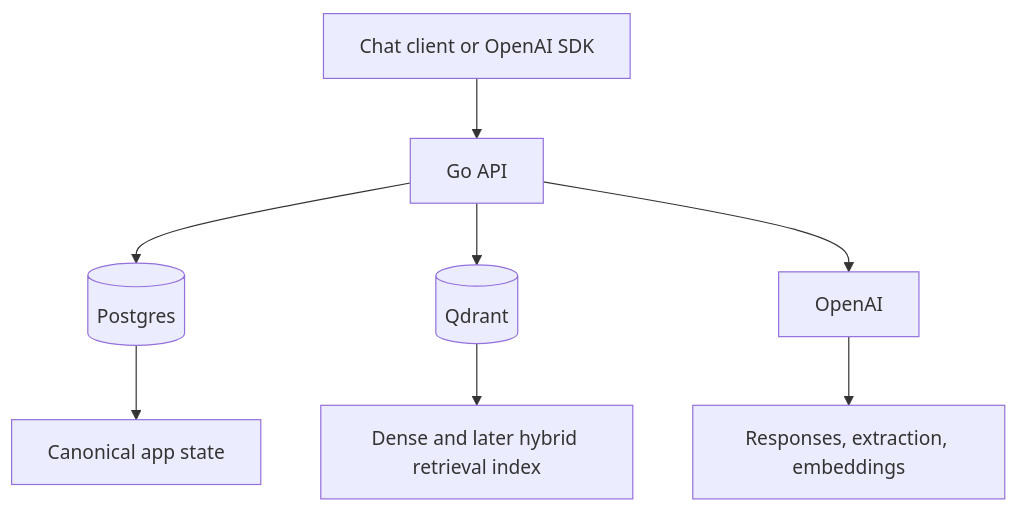
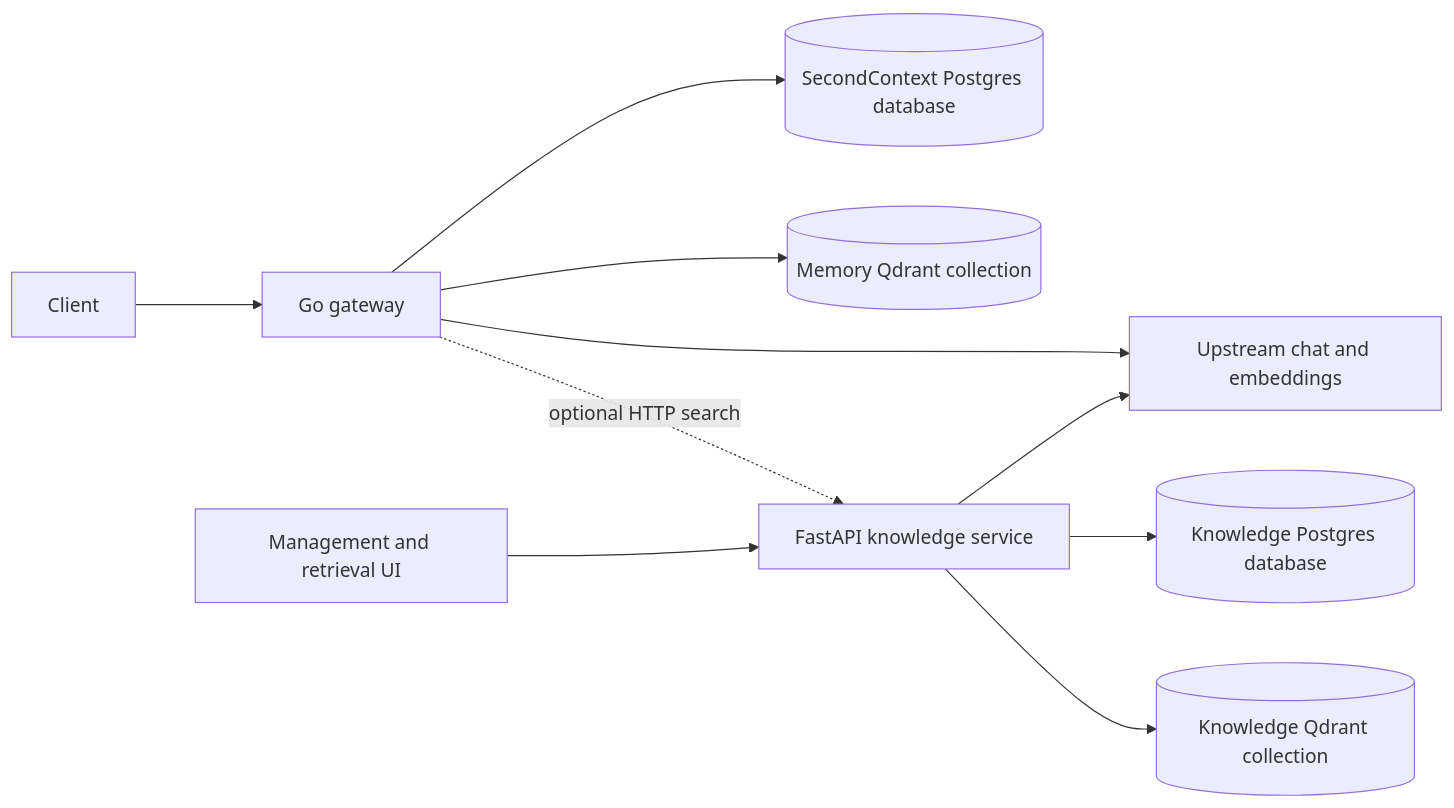
The diagram in docs/architecture.md (bdobrica/SecondContext), drawn with Mermaid before and after one commit. The commit also changed other lines of this file and 14 other files, not shown here.

````diff
--- a/docs/architecture.md
+++ b/docs/architecture.md
@@ -17,10 +11,12 @@
 ```mermaid
-flowchart TD
-    Client[Chat client or OpenAI SDK] --> API[Go API]
-    API --> PG[(Postgres)]
-    API --> QD[(Qdrant)]
-    API --> OAI[OpenAI]
-    PG --> State[Canonical app state]
-    QD --> Index[Dense and later hybrid retrieval index]
-    OAI --> Models[Responses, extraction, embeddings]
+flowchart LR
+    Client[Client] --> Gateway[Go gateway]
+    Gateway --> MemoryDB[(SecondContext Postgres database)]
+    Gateway --> MemoryIndex[(Memory Qdrant collection)]
+    Gateway --> Model[Upstream chat and embeddings]
+    Gateway -. optional HTTP search .-> Knowledge[FastAPI knowledge service]
+    Browser[Management and retrieval UI] --> Knowledge
+    Knowledge --> KnowledgeDB[(Knowledge Postgres database)]
+    Knowledge --> KnowledgeIndex[(Knowledge Qdrant collection)]
+    Knowledge --> Model
 ```
````
